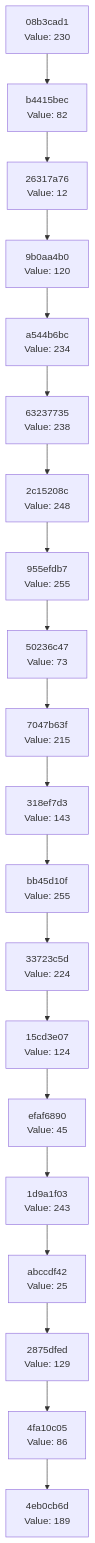
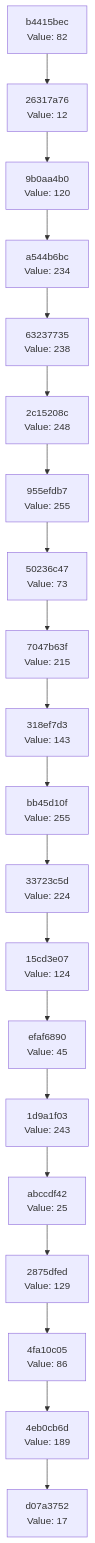
One commit to Abhisheksinha1506/hash-chain-evolver changed the diagram in docs/CHAIN_VISUALIZATION.md. Above: the diagram before and after it, drawn with Mermaid. The commit also changed 2 other files, not shown here.

Commit message:
Evolution Step

````diff
--- a/docs/CHAIN_VISUALIZATION.md
+++ b/docs/CHAIN_VISUALIZATION.md
@@ -3,42 +3,42 @@
 ```mermaid
 graph TD
-    C0["4eb0cb6d<br/>Value: 189"]
-    C1["4fa10c05<br/>Value: 86"]
+    C0["d07a3752<br/>Value: 17"]
+    C1["4eb0cb6d<br/>Value: 189"]
     C1 --> C0
-    C2["2875dfed<br/>Value: 129"]
+    C2["4fa10c05<br/>Value: 86"]
     C2 --> C1
-    C3["abccdf42<br/>Value: 25"]
+    C3["2875dfed<br/>Value: 129"]
     C3 --> C2
-    C4["1d9a1f03<br/>Value: 243"]
+    C4["abccdf42<br/>Value: 25"]
     C4 --> C3
-    C5["efaf6890<br/>Value: 45"]
+    C5["1d9a1f03<br/>Value: 243"]
     C5 --> C4
-    C6["15cd3e07<br/>Value: 124"]
+    C6["efaf6890<br/>Value: 45"]
     C6 --> C5
-    C7["33723c5d<br/>Value: 224"]
+    C7["15cd3e07<br/>Value: 124"]
     C7 --> C6
-    C8["bb45d10f<br/>Value: 255"]
+    C8["33723c5d<br/>Value: 224"]
     C8 --> C7
-    C9["318ef7d3<br/>Value: 143"]
+    C9["bb45d10f<br/>Value: 255"]
     C9 --> C8
-    C10["7047b63f<br/>Value: 215"]
+    C10["318ef7d3<br/>Value: 143"]
     C10 --> C9
-    C11["50236c47<br/>Value: 73"]
+    C11["7047b63f<br/>Value: 215"]
     C11 --> C10
-    C12["955efdb7<br/>Value: 255"]
+    C12["50236c47<br/>Value: 73"]
     C12 --> C11
-    C13["2c15208c<br/>Value: 248"]
+    C13["955efdb7<br/>Value: 255"]
     C13 --> C12
-    C14["63237735<br/>Value: 238"]
+    C14["2c15208c<br/>Value: 248"]
     C14 --> C13
-    C15["a544b6bc<br/>Value: 234"]
+    C15["63237735<br/>Value: 238"]
     C15 --> C14
-    C16["9b0aa4b0<br/>Value: 120"]
+    C16["a544b6bc<br/>Value: 234"]
     C16 --> C15
-    C17["26317a76<br/>Value: 12"]
+    C17["9b0aa4b0<br/>Value: 120"]
     C17 --> C16
-    C18["b4415bec<br/>Value: 82"]
+    C18["26317a76<br/>Value: 12"]
     C18 --> C17
-    C19["08b3cad1<br/>Value: 230"]
+    C19["b4415bec<br/>Value: 82"]
     C19 --> C18
 ```
````
